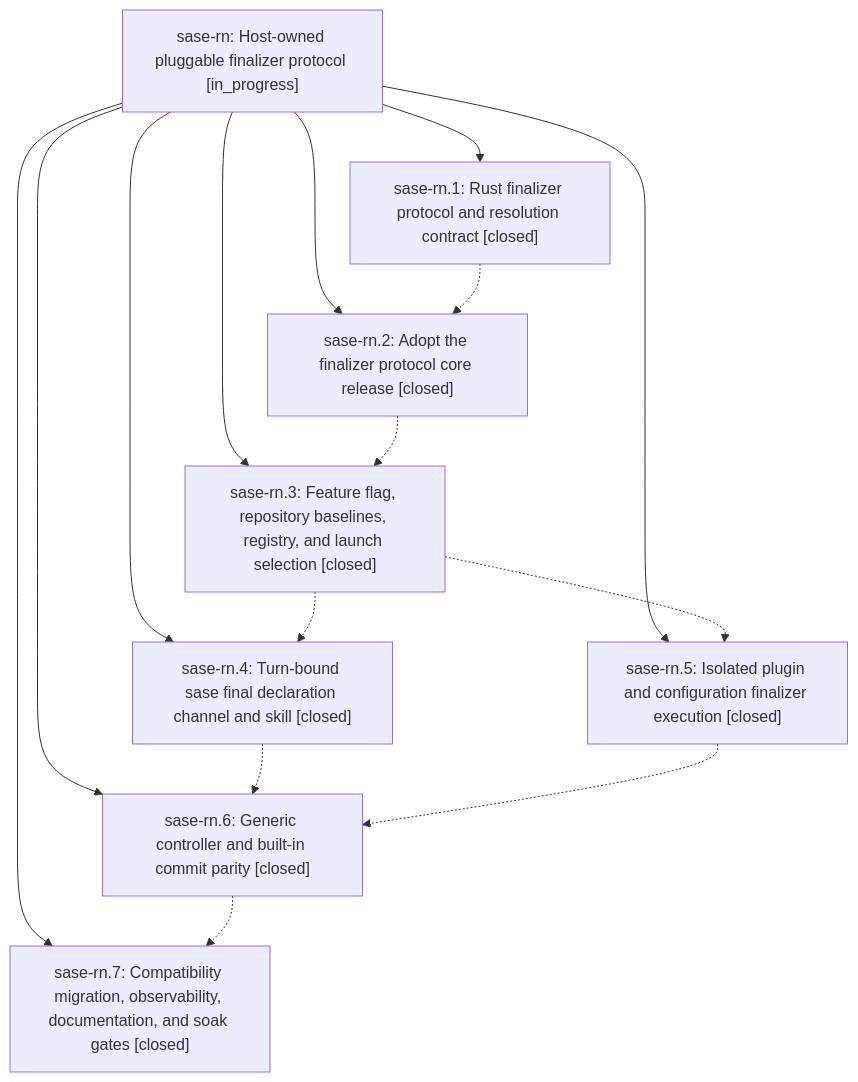
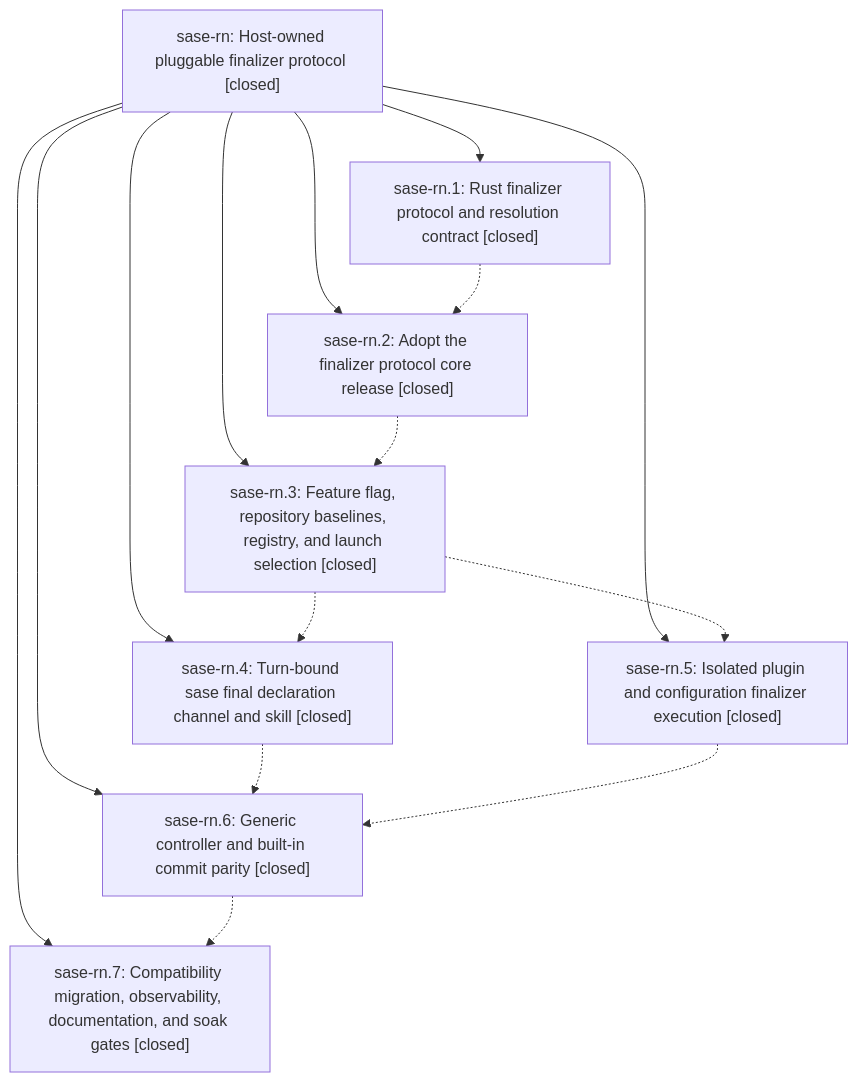
The diagram in pages/sase-rn/README.md (sase-org/sase--beads), drawn with Mermaid before and after one commit. The commit also changed other lines of this file, not shown here.

First line of the commit message:
chore(beads): sync bead state and pages for sase-rn

````diff
--- a/pages/sase-rn/README.md
+++ b/pages/sase-rn/README.md
@@ -28,25 +32,25 @@
 ```mermaid
 flowchart TD
-    n0["sase-rn: Host-owned pluggable finalizer protocol [in_progress]"]
+    n0["sase-rn: Host-owned pluggable finalizer protocol [closed]"]
     n1["sase-rn.1: Rust finalizer protocol and resolution contract [closed]"]
     n2["sase-rn.2: Adopt the finalizer protocol core release [closed]"]
     n3["sase-rn.3: Feature flag, repository baselines, registry, and launch selection [closed]"]
     n4["sase-rn.4: Turn-bound sase final declaration channel and skill [closed]"]
     n5["sase-rn.5: Isolated plugin and configuration finalizer execution [closed]"]
     n6["sase-rn.6: Generic controller and built-in commit parity [closed]"]
     n7["sase-rn.7: Compatibility migration, observability, documentation, and soak gates [closed]"]
     n0 --> n1
     n0 --> n2
     n0 --> n3
     n0 --> n4
     n0 --> n5
     n0 --> n6
     n0 --> n7
     n1 -.-> n2
     n2 -.-> n3
     n3 -.-> n4
     n3 -.-> n5
     n4 -.-> n6
     n5 -.-> n6
     n6 -.-> n7
 ```
````
